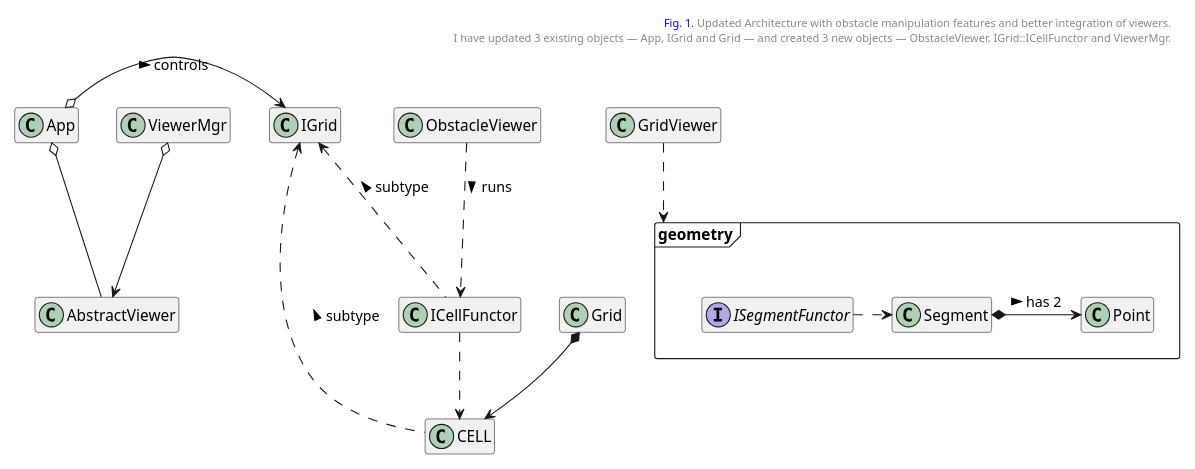
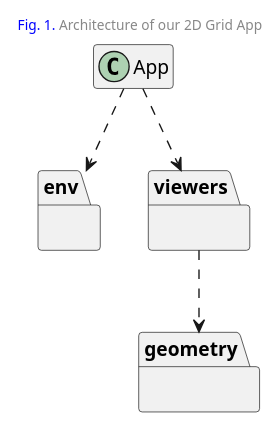
The first of 4 diagrams in _posts/modsim/2020-10-04-2d-grid-obstacles.md (kanmeugne/kanmeugne.github.io), drawn with PlantUML before and after one commit. The commit also changed other lines of this file and 1 other file, not shown here.

Commit message:
update grid with obstacle

```diff
--- a/_posts/modsim/2020-10-04-2d-grid-obstacles.md
+++ b/_posts/modsim/2020-10-04-2d-grid-obstacles.md
@@ -16,26 +19,27 @@
 {% plantuml %}
 @startuml
-header
-<font color=blue>Fig. 1.</font> Updated Architecture with obstacle manipulation features and better integration of viewers.
-I have updated 3 existing objects — App, IGrid and Grid — and created 3 new objects — ObstacleViewer, IGrid::ICellFunctor and ViewerMgr.
-end header
-scale 0.8
-package geometry <<Frame>>
+header: <size:10> <font color=blue>Fig. 1.</font> Architecture of our 2D Grid App </size>
+
+class App {}
+
+package env 
 {
-    class Point 
-    class Segment 
-    interface ISegmentFunctor 
+    
 }
-IGrid <.. CELL : subtype <
-Grid *--> CELL 
-App o-> IGrid : controls >
-App o-- AbstractViewer
-ViewerMgr o--> AbstractViewer
-Segment *-> Point : has 2 >
-ISegmentFunctor .> Segment
-GridViewer ..> geometry
-IGrid <.. ICellFunctor : subtype <
-ICellFunctor ..> CELL
-ObstacleViewer ..> ICellFunctor : runs >
+
+package viewers
+{
+}
+
+package geometry
+{
+}
+
+App ..> viewers
+App ..> env
+viewers ..> geometry
+
 hide members
+@enduml
+
 {% endplantuml %}
```
